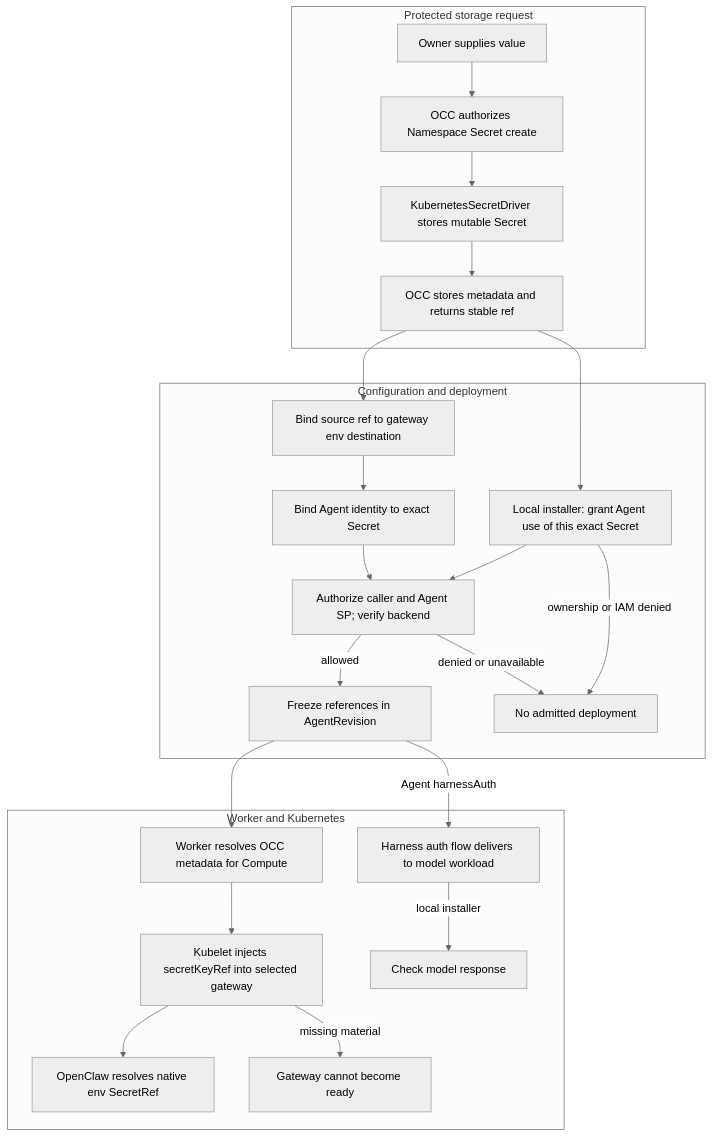
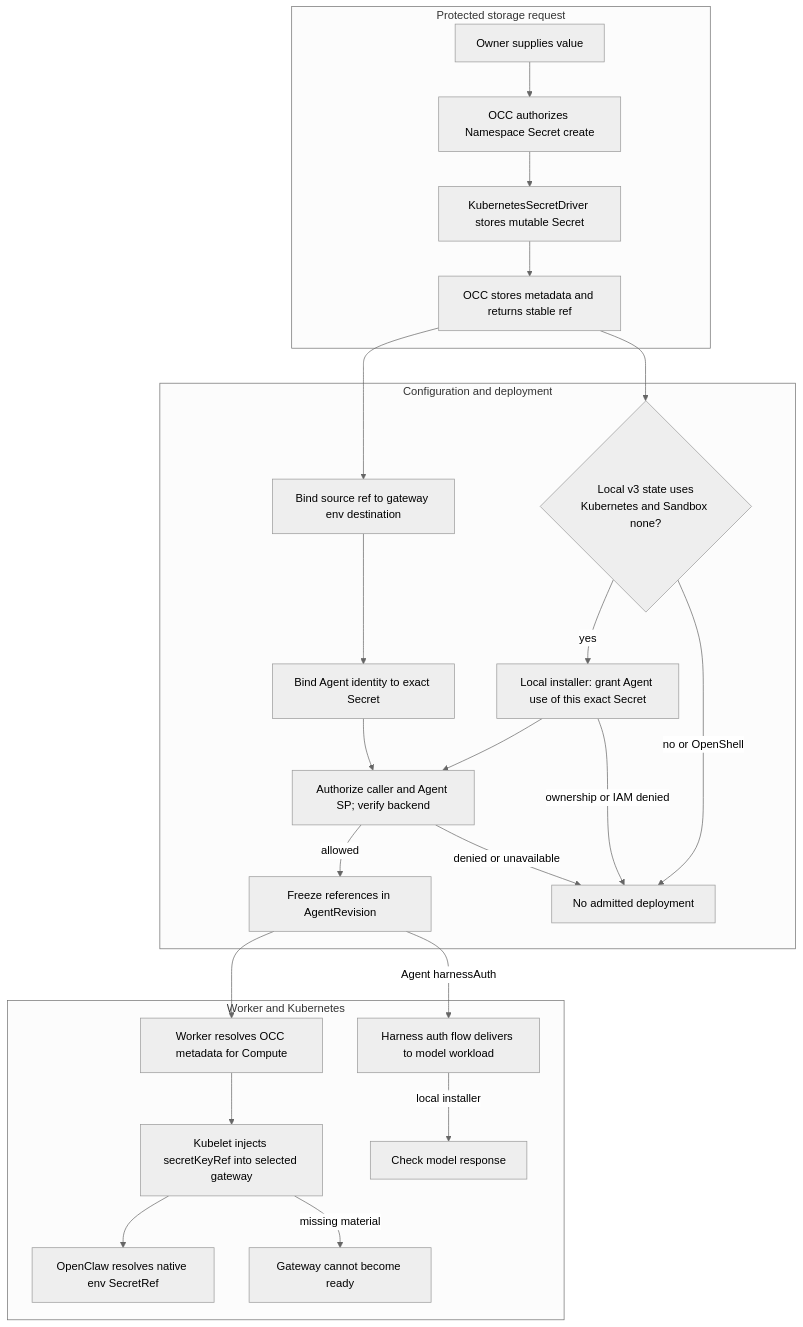
The diagram in docs/flows/secret-storage-and-delivery.md (IsaiahStapleton/openclaw-enterprise), drawn with Mermaid (neutral theme) before and after one commit. The commit also changed other lines of this file and 5 other files, not shown here.

````diff
--- a/docs/flows/secret-storage-and-delivery.md
+++ b/docs/flows/secret-storage-and-delivery.md
@@ -40,26 +40,28 @@
 ```mermaid
 graph TD
   subgraph Storage["Protected storage request"]
     A["Owner supplies value"] --> B["OCC authorizes Namespace Secret create"]
     B --> C["KubernetesSecretDriver stores mutable Secret"]
     C --> D["OCC stores metadata and returns stable ref"]
   end
   subgraph Admission["Configuration and deployment"]
     D --> E["Bind source ref to gateway env destination"]
     E --> P["Bind Agent identity to exact Secret"]
     P --> F["Authorize caller and Agent SP; verify backend"]
     F -->|allowed| G["Freeze references in AgentRevision"]
     F -->|denied or unavailable| X["No admitted deployment"]
-    D --> L["Local installer: grant Agent use of this exact Secret"]
+    D --> K{"Local v3 state uses<br/>Kubernetes and Sandbox none?"}
+    K -->|yes| L["Local installer: grant Agent use of this exact Secret"]
+    K -->|no or OpenShell| X
     L --> F
     L -->|ownership or IAM denied| X
   end
   subgraph Runtime["Worker and Kubernetes"]
     G --> H["Worker resolves OCC metadata for Compute"]
     H --> I["Kubelet injects secretKeyRef into selected gateway"]
     I --> J["OpenClaw resolves native env SecretRef"]
     I -->|missing material| Y["Gateway cannot become ready"]
     G -->|Agent harnessAuth| W["Harness auth flow delivers to model workload"]
     W -->|local installer| V["Check model response"]
   end
 ```
````
